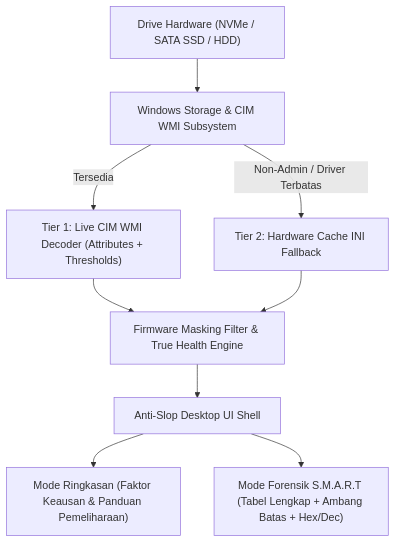
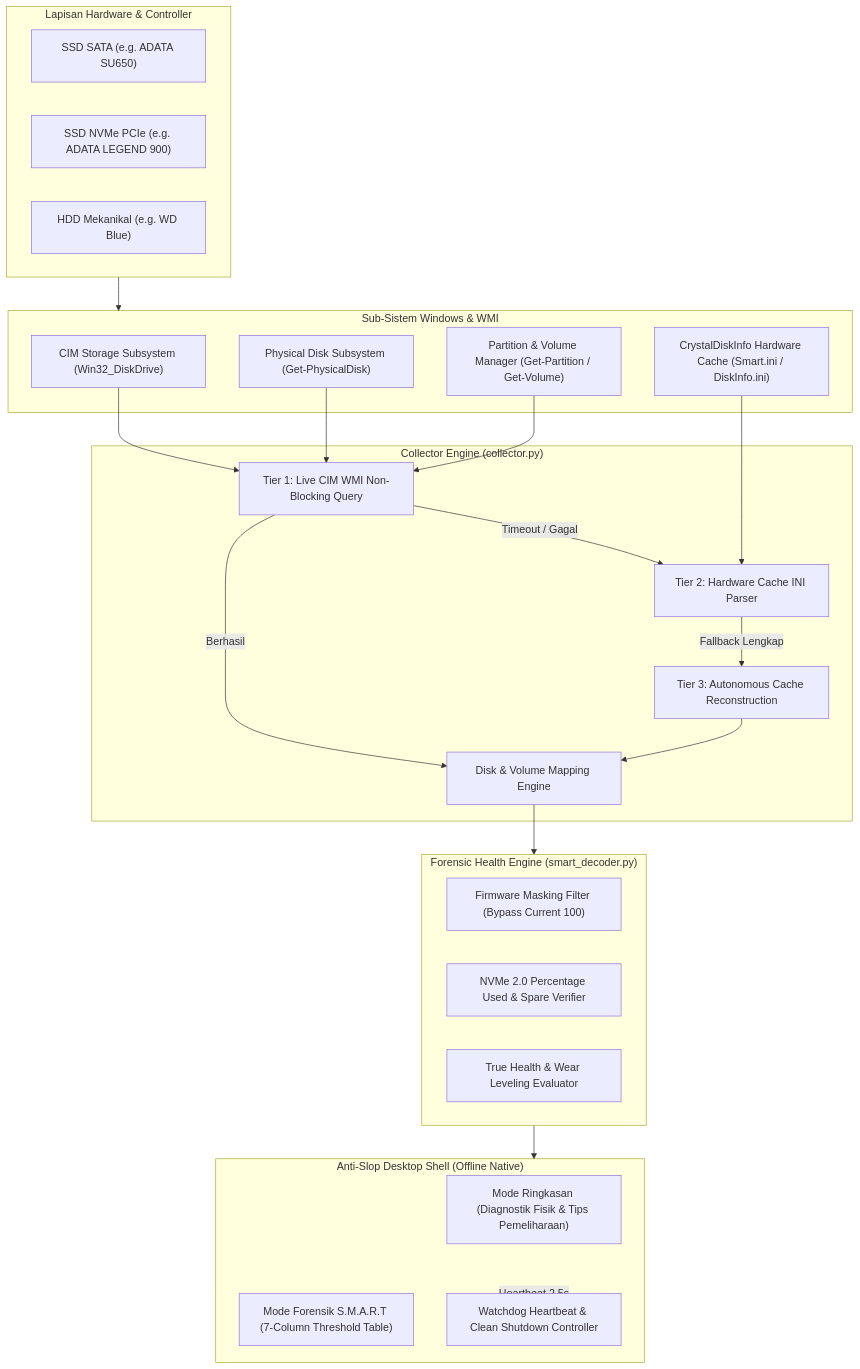
Before and after one commit to geadalfa/DiagnoseMyDisk: the diagram in README.md, drawn with Mermaid. The commit also changed other lines of this file, not shown here.

Commit message:
docs: overhaul README with Konoha-grade architectural matrix, mermaid flows, and offline invariants

````diff
--- a/README.md
+++ b/README.md
@@ -28,11 +59,44 @@
 ```mermaid
 flowchart TD
-    A["Drive Hardware (NVMe / SATA SSD / HDD)"] --> B["Windows Storage & CIM WMI Subsystem"]
-    B -->|Tersedia| C["Tier 1: Live CIM WMI Decoder (Attributes + Thresholds)"]
-    B -->|Non-Admin / Driver Terbatas| D["Tier 2: Hardware Cache INI Fallback"]
-    C --> E["Firmware Masking Filter & True Health Engine"]
-    D --> E
-    E --> F["Anti-Slop Desktop UI Shell"]
-    F --> G["Mode Ringkasan (Faktor Keausan & Panduan Pemeliharaan)"]
-    F --> H["Mode Forensik S.M.A.R.T (Tabel Lengkap + Ambang Batas + Hex/Dec)"]
+    subgraph Hardware_Layer["Lapisan Hardware & Controller"]
+        D1["SSD SATA (e.g. ADATA SU650)"]
+        D2["SSD NVMe PCIe (e.g. ADATA LEGEND 900)"]
+        D3["HDD Mekanikal (e.g. WD Blue)"]
+    end
+
+    subgraph OS_Layer["Sub-Sistem Windows & WMI"]
+        WMI1["CIM Storage Subsystem (Win32_DiskDrive)"]
+        WMI2["Physical Disk Subsystem (Get-PhysicalDisk)"]
+        WMI3["Partition & Volume Manager (Get-Partition / Get-Volume)"]
+        CACHE["CrystalDiskInfo Hardware Cache (Smart.ini / DiskInfo.ini)"]
+    end
+
+    subgraph Collector_Layer["Collector Engine (collector.py)"]
+        T1["Tier 1: Live CIM WMI Non-Blocking Query"]
+        T2["Tier 2: Hardware Cache INI Parser"]
+        T3["Tier 3: Autonomous Cache Reconstruction"]
+        DEC["Disk & Volume Mapping Engine"]
+    end
+
+    subgraph Decoder_Layer["Forensic Health Engine (smart_decoder.py)"]
+        F1["Firmware Masking Filter (Bypass Current 100)"]
+        F2["NVMe 2.0 Percentage Used & Spare Verifier"]
+        F3["True Health & Wear Leveling Evaluator"]
+    end
+
+    subgraph Desktop_UI["Anti-Slop Desktop Shell (Offline Native)"]
+        UI1["Mode Ringkasan (Diagnostik Fisik & Tips Pemeliharaan)"]
+        UI2["Mode Forensik S.M.A.R.T (7-Column Threshold Table)"]
+        HB["Watchdog Heartbeat & Clean Shutdown Controller"]
+    end
+
+    Hardware_Layer --> OS_Layer
+    WMI1 & WMI2 & WMI3 --> T1
+    CACHE --> T2
+    T1 -- Berhasil --> DEC
+    T1 -- Timeout / Gagal --> T2
+    T2 -- Fallback Lengkap --> T3 --> DEC
+    DEC --> Decoder_Layer
+    Decoder_Layer --> Desktop_UI
+    Desktop_UI <-->|Heartbeat 2.5s| HB
 ```
````
